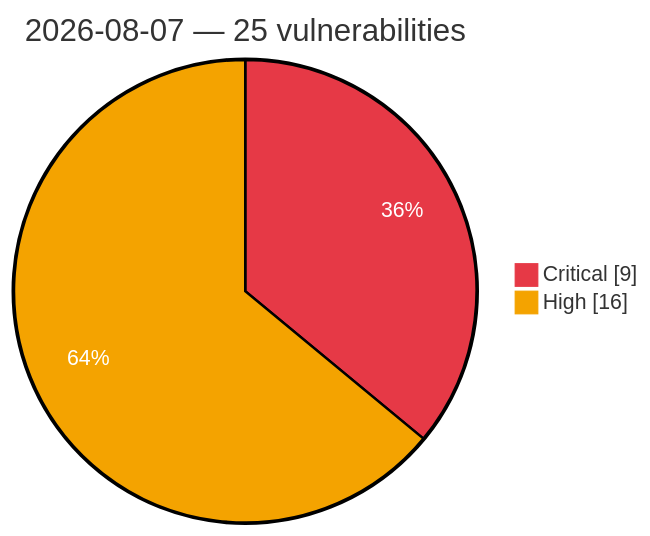
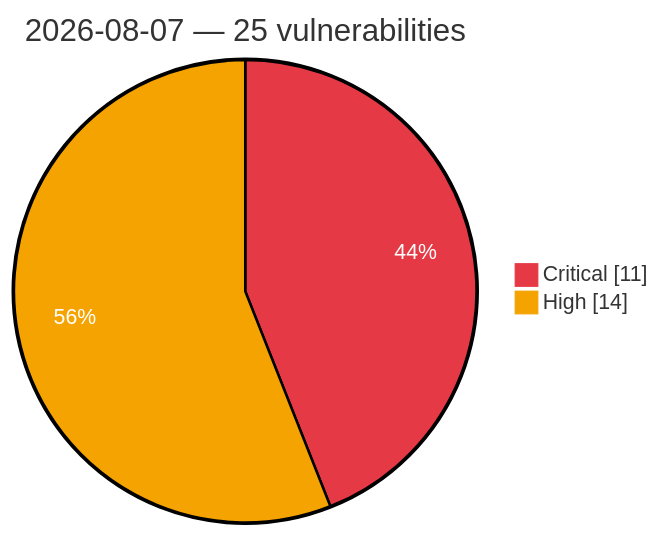
One commit to GhostX0X/vuln-tracker changed the diagram in vulnerabilities/2026-08-07.md. Above: the diagram before and after it, drawn with Mermaid. The commit also changed other lines of this file and 1 other file, not shown here.

Commit message:
Auto update: critical/high vulns (2026-08-07 19:33 UTC)

````diff
--- a/vulnerabilities/2026-08-07.md
+++ b/vulnerabilities/2026-08-07.md
@@ -3,7 +3,7 @@
 ```mermaid
 %%{init: {'theme':'base', 'themeVariables': {'pie1':'#e63946', 'pie2':'#f4a300', 'pieOpacity':'1', 'pieOuterStrokeWidth':'2px', 'pieSectionTextColor':'#ffffff'}}}%%
 pie showData
     title 2026-08-07 — 25 vulnerabilities
-    "Critical" : 9
-    "High" : 16
+    "Critical" : 11
+    "High" : 14
 ```
````
